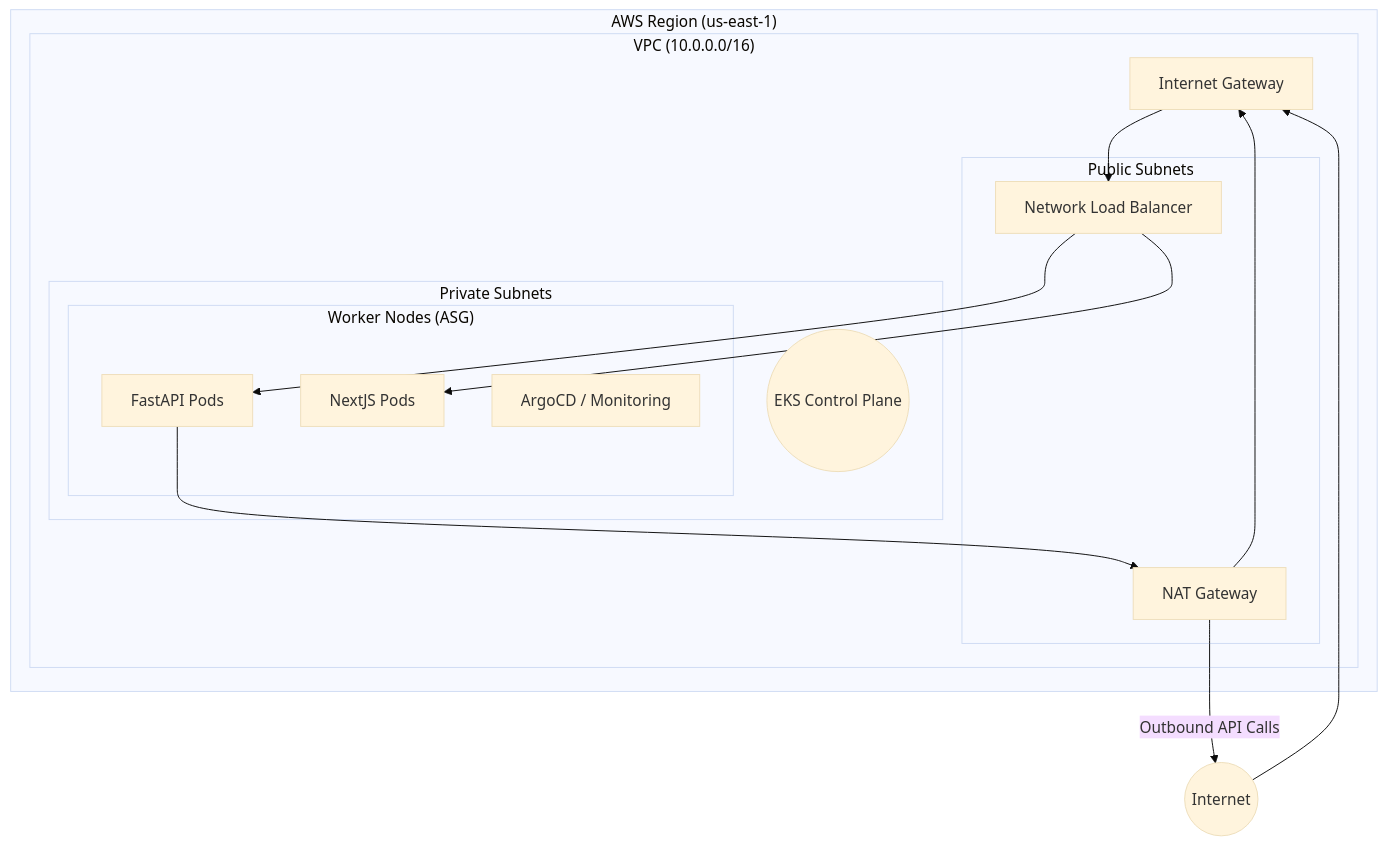
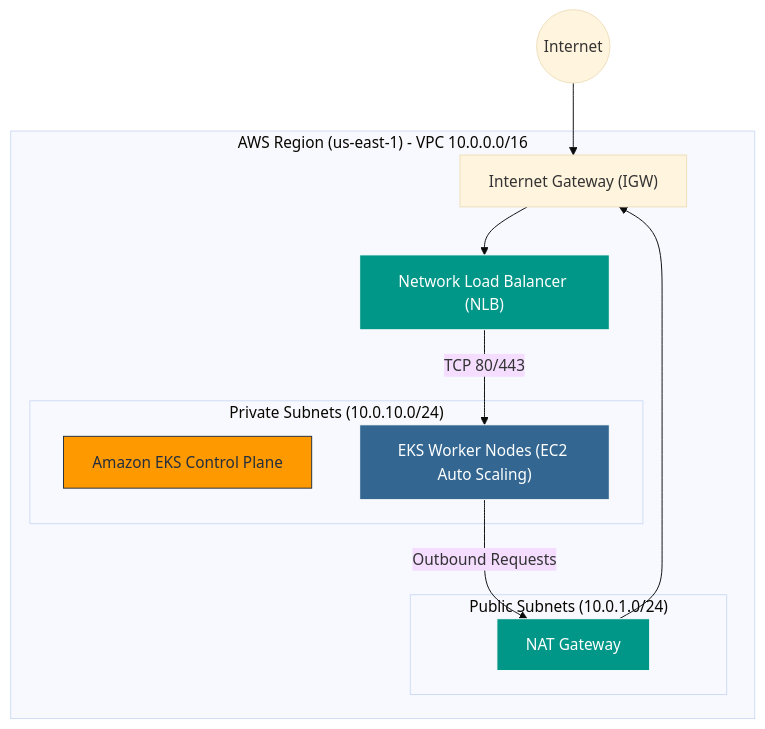
Before and after one commit to charan21042005/cloud-sentinel-platform: the first of 4 diagrams in docs/presentation/Cloud_Sentinel_Architecture_Presentation.md, drawn with Mermaid (base theme). The commit also changed other lines of this file, not shown here.

Commit message:
docs(presentation): execute ultra master prompt - full enterprise architecture reconstruction

````diff
--- a/docs/presentation/Cloud_Sentinel_Architecture_Presentation.md
+++ b/docs/presentation/Cloud_Sentinel_Architecture_Presentation.md
@@ -144,32 +47,25 @@
 ```mermaid
 graph TD
-    subgraph "AWS Region (us-east-1)"
-        subgraph "VPC (10.0.0.0/16)"
-            IGW[Internet Gateway]
-            
-            subgraph "Public Subnets"
-                NAT[NAT Gateway]
-                NLB[Network Load Balancer]
-            end
-            
-            subgraph "Private Subnets"
-                EKS_CP((EKS Control Plane))
-                
-                subgraph "Worker Nodes (ASG)"
-                    Pods_API[FastAPI Pods]
-                    Pods_Web[NextJS Pods]
-                    Pods_Ops[ArgoCD / Monitoring]
-                end
-            end
+    classDef aws fill:#ff9900,color:#232f3e,stroke:#232f3e;
+    classDef private fill:#336791,color:#fff,stroke:#fff;
+    classDef public fill:#009688,color:#fff,stroke:#fff;
+
+    Internet((Internet)) --> IGW["Internet Gateway (IGW)"]
+    
+    subgraph "AWS Region (us-east-1) - VPC 10.0.0.0/16"
+        IGW --> NLB["Network Load Balancer (NLB)"]:::public
+        
+        subgraph "Public Subnets (10.0.1.0/24)"
+            NAT["NAT Gateway"]:::public
+        end
+        
+        subgraph "Private Subnets (10.0.10.0/24)"
+            EKS["Amazon EKS Control Plane"]:::aws
+            Nodes["EKS Worker Nodes (EC2 Auto Scaling)"]:::private
         end
     end
     
-    Internet((Internet)) --> IGW
-    IGW --> NLB
-    NLB --> Pods_Web
-    NLB --> Pods_API
-    
-    Pods_API --> NAT
+    NLB -->|"TCP 80/443"| Nodes
+    Nodes -->|"Outbound Requests"| NAT
     NAT --> IGW
-    NAT -->|Outbound API Calls| Internet
 ```
````
